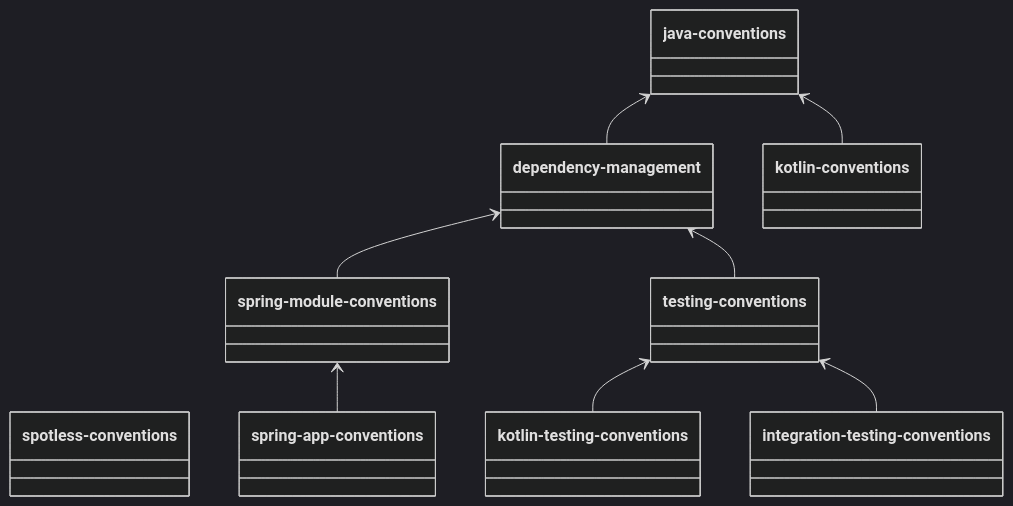
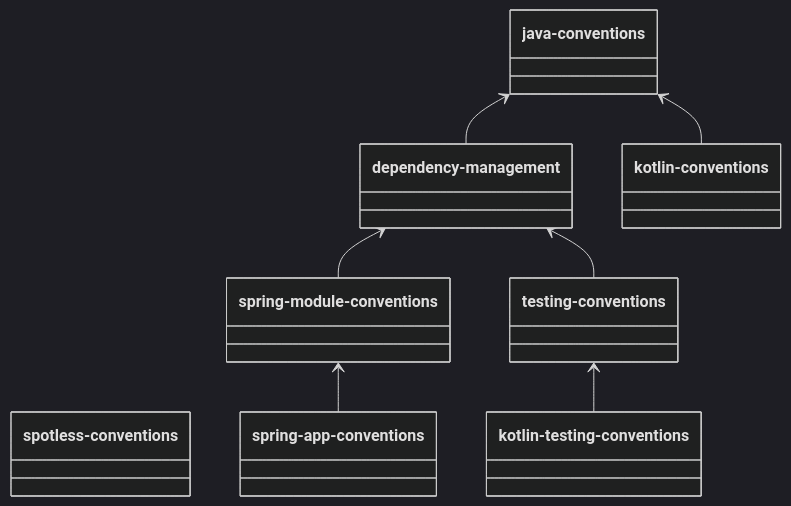
Before and after one commit to BSStudio/bss-web-admin-backend: the diagram in buildSrc/README.md, drawn with Mermaid (dark theme). The commit also changed other lines of this file and 5 other files, not shown here.

````diff
--- a/buildSrc/README.md
+++ b/buildSrc/README.md
@@ -6,22 +6,20 @@
 ```mermaid
 classDiagram
 direction BT
 
 class spotless-conventions
 class kotlin-conventions
 class java-conventions
 class dependency-management
-class integration-testing-conventions
 class spring-app-conventions
 class spring-module-conventions
 class testing-conventions
 class kotlin-testing-conventions
 
 kotlin-testing-conventions --> testing-conventions
-integration-testing-conventions --> testing-conventions
 spring-app-conventions --> spring-module-conventions
 spring-module-conventions --> dependency-management
 dependency-management --> java-conventions
 testing-conventions --> dependency-management
 kotlin-conventions --> java-conventions
 ```
````
